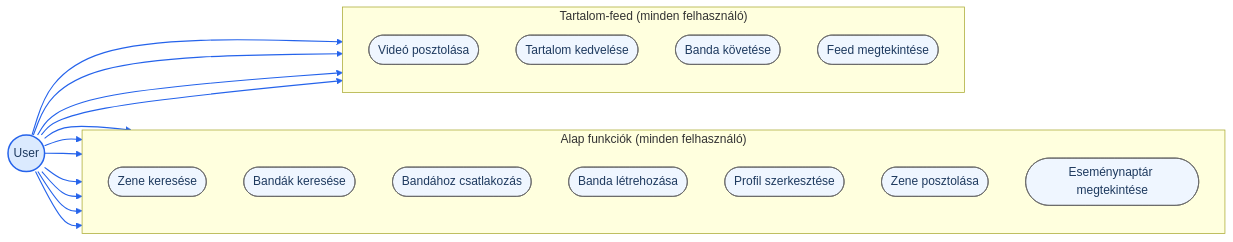
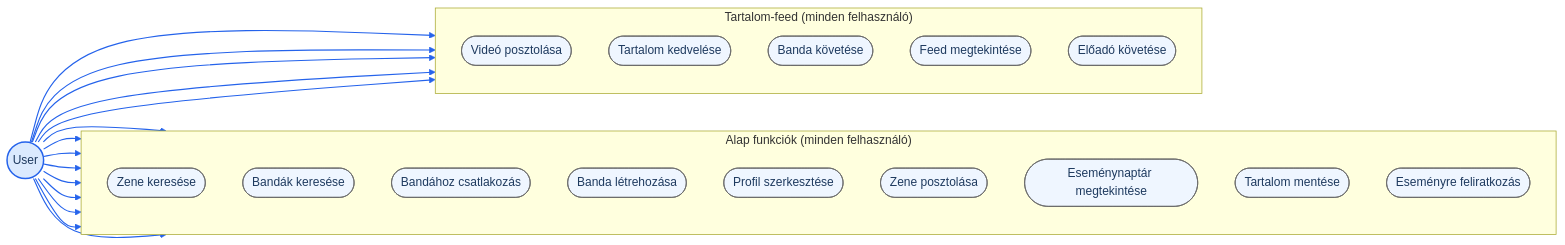
Before and after one commit to Kiyo200/BegBand: the second of 5 diagrams in diagrams/mermaid/UseCase.md, drawn with Mermaid. The commit also changed other lines of this file and 20 other files, not shown here.

````diff
--- a/diagrams/mermaid/UseCase.md
+++ b/diagrams/mermaid/UseCase.md
@@ -65,42 +70,48 @@
 ```mermaid
 flowchart LR
     User(("User"))
 
     subgraph PKG_Common["Alap funkciók (minden felhasználó)"]
         direction TB
         C1(["Zene keresése"])
         C2(["Bandák keresése"])
         C3(["Bandához csatlakozás"])
         C4(["Banda létrehozása"])
         C5(["Profil szerkesztése"])
         C6(["Zene posztolása"])
         C7(["Eseménynaptár megtekintése"])
+        C8(["Tartalom mentése"])
+        C9(["Eseményre feliratkozás"])
     end
 
     subgraph PKG_Feed["Tartalom-feed (minden felhasználó)"]
         direction TB
         F1(["Videó posztolása"])
         F2(["Tartalom kedvelése"])
         F3(["Banda követése"])
         F4(["Feed megtekintése"])
+        F5(["Előadó követése"])
     end
 
     User --> C1
     User --> C2
     User --> C3
     User --> C4
     User --> C5
     User --> C6
     User --> C7
+    User --> C8
+    User --> C9
     User --> F1
     User --> F2
     User --> F3
     User --> F4
+    User --> F5
 
     classDef common fill:#EFF6FF,stroke:#666666,color:#1e3a5f
     classDef userActor fill:#DBEAFE,stroke:#2563EB,stroke-width:2px,color:#1e3a5f
 
-    class C1,C2,C3,C4,C5,C6,C7,F1,F2,F3,F4 common
+    class C1,C2,C3,C4,C5,C6,C7,C8,C9,F1,F2,F3,F4,F5 common
     class User userActor
-    linkStyle 0,1,2,3,4,5,6,7,8,9,10 stroke:#2563EB,stroke-width:1.5px
+    linkStyle 0,1,2,3,4,5,6,7,8,9,10,11,12,13 stroke:#2563EB,stroke-width:1.5px
 ```
````
